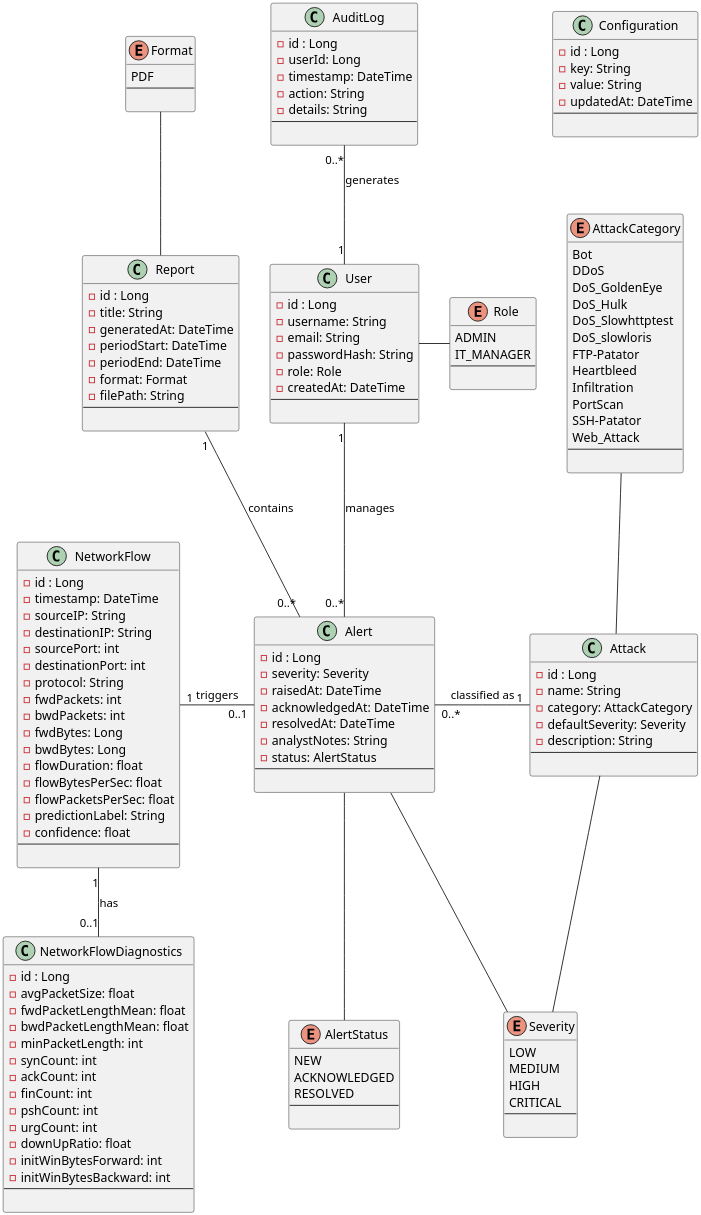
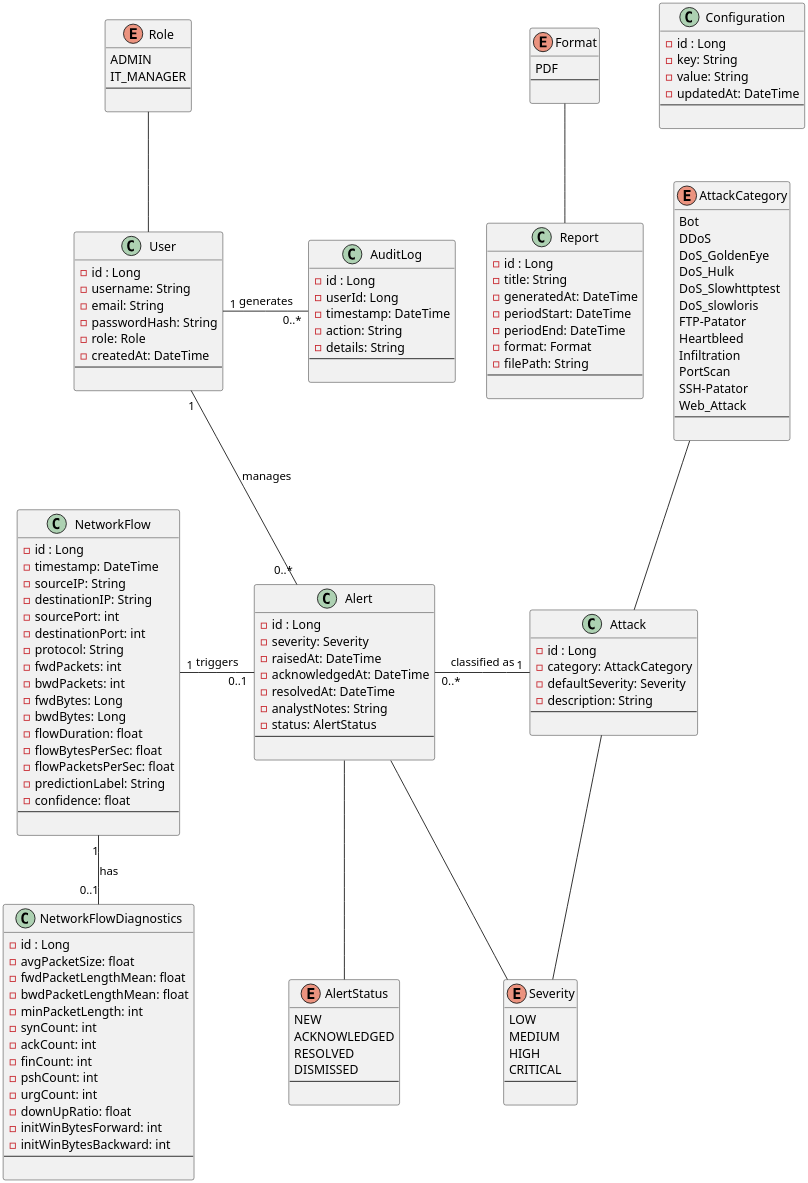
One commit to Amira-BOUAFIF/pfe-nids-report changed the diagram in diagrams/code/class-diagram2.puml. Above: the diagram before and after it, drawn with PlantUML. The commit also changed 10 other files, not shown here.

Commit message:
update diagrams

```diff
--- a/diagrams/code/class-diagram2.puml
+++ b/diagrams/code/class-diagram2.puml
@@ -1,185 +1,183 @@
 @startuml class2
 skinparam dpi 300
 
 Enum Role {
     ADMIN
     IT_MANAGER
     --
 
 }
 
 Enum Severity {
     LOW
     MEDIUM
     HIGH
     CRITICAL
     --
 
 }
 
 Enum AlertStatus {
     NEW
     ACKNOWLEDGED
     RESOLVED
+    DISMISSED
     --
 
 }
 
 Enum Format {
     PDF
     --
 
 }
 
 Enum AttackCategory {
     Bot
     DDoS
     DoS_GoldenEye
     DoS_Hulk
     DoS_Slowhttptest
     DoS_slowloris
     FTP-Patator
     Heartbleed
     Infiltration
     PortScan
     SSH-Patator
     Web_Attack
     --
 
 }
 ' Core Classes 
 
 class User {
     - id : Long
     - username: String
     - email: String
     - passwordHash: String
     - role: Role
     - createdAt: DateTime
     --
 
 }
 
 class Alert {
     - id : Long
     - severity: Severity
     - raisedAt: DateTime
     - acknowledgedAt: DateTime
     - resolvedAt: DateTime
     - analystNotes: String
     - status: AlertStatus
     --
 
 }
 
 class Attack {
     - id : Long
-    - name: String
     - category: AttackCategory
     - defaultSeverity: Severity
     - description: String
     --
 
 }
 
 class NetworkFlow {
     - id : Long
     - timestamp: DateTime
     - sourceIP: String
     - destinationIP: String
     - sourcePort: int
     - destinationPort: int
     - protocol: String
     - fwdPackets: int
     - bwdPackets: int
     - fwdBytes: Long
     - bwdBytes: Long
     - flowDuration: float
     - flowBytesPerSec: float
     - flowPacketsPerSec: float
     - predictionLabel: String
     - confidence: float  
     --
 
 }
 
 class NetworkFlowDiagnostics{
     - id : Long
     - avgPacketSize: float
     - fwdPacketLengthMean: float
     - bwdPacketLengthMean: float
     - minPacketLength: int
     - synCount: int
     - ackCount: int
     - finCount: int
     - pshCount: int
     - urgCount: int
     - downUpRatio: float
     - initWinBytesForward: int
     - initWinBytesBackward: int
     --
 
 }
 
 class AuditLog {
     - id : Long
     - userId: Long
     - timestamp: DateTime
     - action: String
     - details: String
     --
 
 }
 
 class Report {
     - id : Long
     - title: String
     - generatedAt: DateTime
     - periodStart: DateTime
     - periodEnd: DateTime 
     - format: Format
     - filePath: String
     --
 
 }
 
 class Configuration {
     - id : Long
     - key: String
     - value: String
     - updatedAt: DateTime
     --
 
 }
 
 ' ─── Class Relationships ──────────────────────────────
 
 ' A flow triggers at most one alert
 NetworkFlow "1"   -right-  "0..1"  Alert      : triggers 
 
 ' A flow has diagnostic information
 NetworkFlow "1"   --  "0..1"  NetworkFlowDiagnostics : has
 
 ' An alert is classified as one attack type
 Alert          "0..*"   -right-  "1"     Attack : classified as 
 
 ' Admin manages alert status
 User           "1"   --  "0..*"  Alert      : manages 
 
 ' User actions recorded in audit log
-User           "1"   -up-  "0..*"  AuditLog   : generates
+User           "1"   -left-  "0..*"  AuditLog   : generates
 
-' Report aggregates alerts over a period
-Report         "1"   --  "0..*"  Alert      : contains 
 
 Report -[hidden]right- User
 
 Alert -down- AlertStatus
 Attack -down- Severity
 Alert -- Severity
 Attack -up- AttackCategory
-User -right- Role
+User -up- Role
 Report -up- Format
 
 AttackCategory -[hidden]up- Configuration
 @enduml
```
